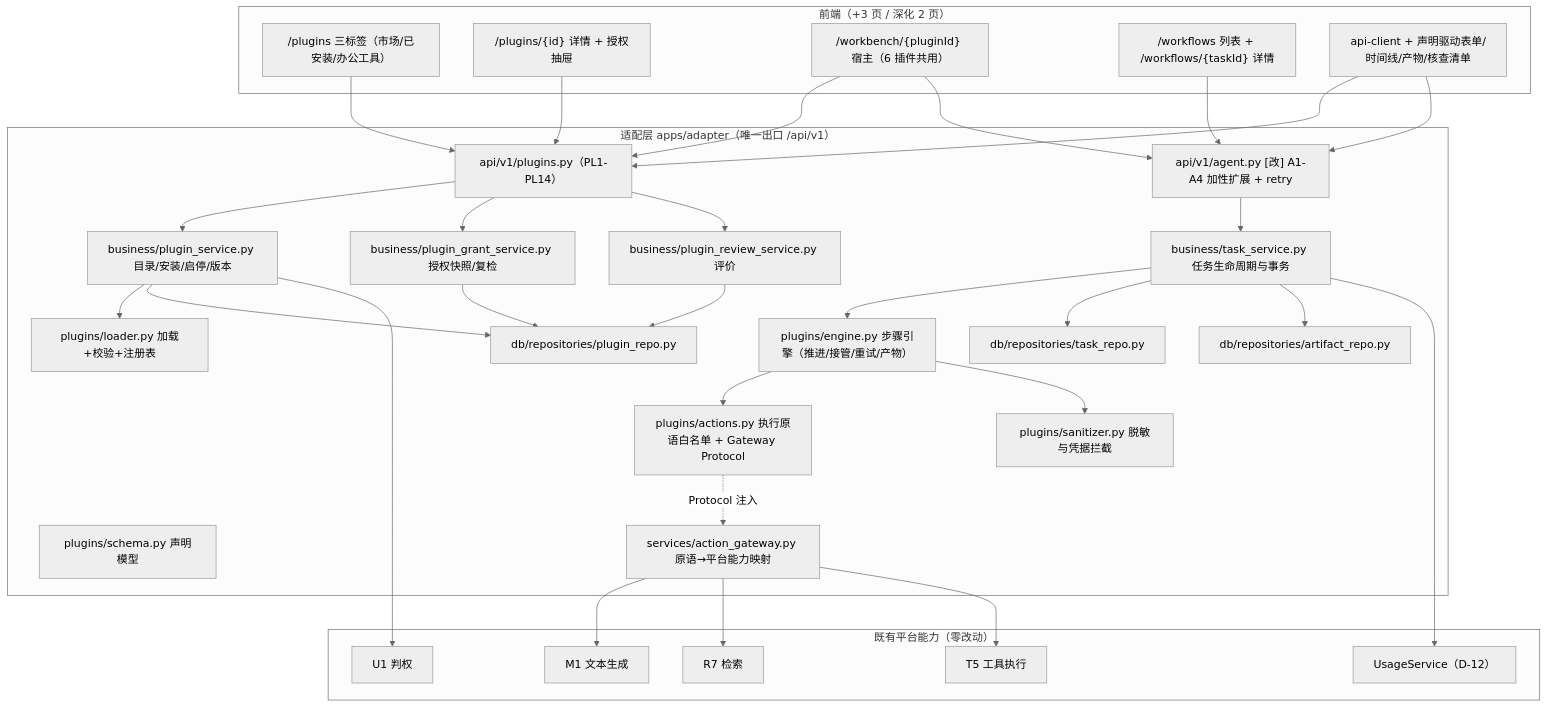
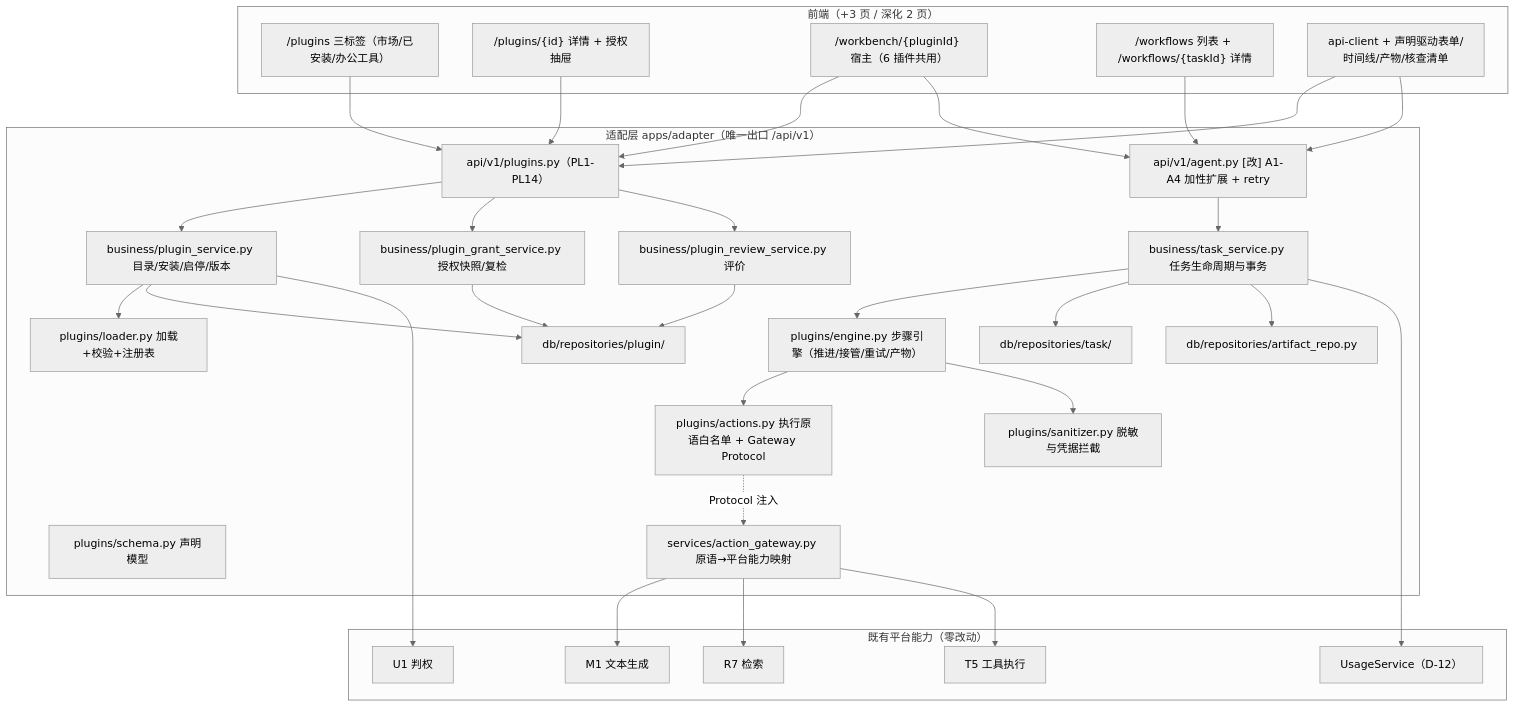
Before and after one commit to kHuner9712/MOY: the second of 5 diagrams in docs/architecture-phase3.md, drawn with Mermaid (neutral theme). The commit also changed other lines of this file and 26 other files, not shown here.

````diff
--- a/docs/architecture-phase3.md
+++ b/docs/architecture-phase3.md
@@ -336,36 +340,36 @@
 ```mermaid
 graph TB
     subgraph FE["前端（+3 页 / 深化 2 页）"]
         F1["/plugins 三标签（市场/已安装/办公工具）"]
         F2["/plugins/{id} 详情 + 授权抽屉"]
         F3["/workbench/{pluginId} 宿主（6 插件共用）"]
         F4["/workflows 列表 + /workflows/{taskId} 详情"]
         F5["api-client + 声明驱动表单/时间线/产物/核查清单"]
     end
     subgraph AD["适配层 apps/adapter（唯一出口 /api/v1）"]
         A1["api/v1/plugins.py（PL1-PL14）"]
         A2["api/v1/agent.py [改] A1-A4 加性扩展 + retry"]
         P1["plugins/schema.py 声明模型"]
         P2["plugins/loader.py 加载+校验+注册表"]
         P3["plugins/actions.py 执行原语白名单 + Gateway Protocol"]
         P4["plugins/engine.py 步骤引擎（推进/接管/重试/产物）"]
         P5["plugins/sanitizer.py 脱敏与凭据拦截"]
         B1["business/plugin_service.py 目录/安装/启停/版本"]
         B2["business/plugin_grant_service.py 授权快照/复检"]
         B3["business/plugin_review_service.py 评价"]
         B4["business/task_service.py 任务生命周期与事务"]
         B5["services/action_gateway.py 原语→平台能力映射"]
-        D1["db/repositories/plugin_repo.py"]
-        D2["db/repositories/task_repo.py"]
+        D1["db/repositories/plugin/"]
+        D2["db/repositories/task/"]
         D3["db/repositories/artifact_repo.py"]
     end
     subgraph BASE["既有平台能力（零改动）"]
         M1["M1 文本生成"]; R7["R7 检索"]; T5["T5 工具执行"]; U1["U1 判权"]; US["UsageService（D-12）"]
     end
     F1-->A1; F2-->A1; F3-->A1; F3-->A2; F4-->A2; F5-->A1; F5-->A2
     A1-->B1; A1-->B2; A1-->B3; A2-->B4
     B1-->P2; B1-->D1; B2-->D1; B3-->D1
     B4-->P4; B4-->D2; B4-->D3
     P4-->P3; P4-->P5; P3-.Protocol 注入.->B5
     B5-->M1; B5-->R7; B5-->T5; B4-->US; B1-->U1
 ```
````
